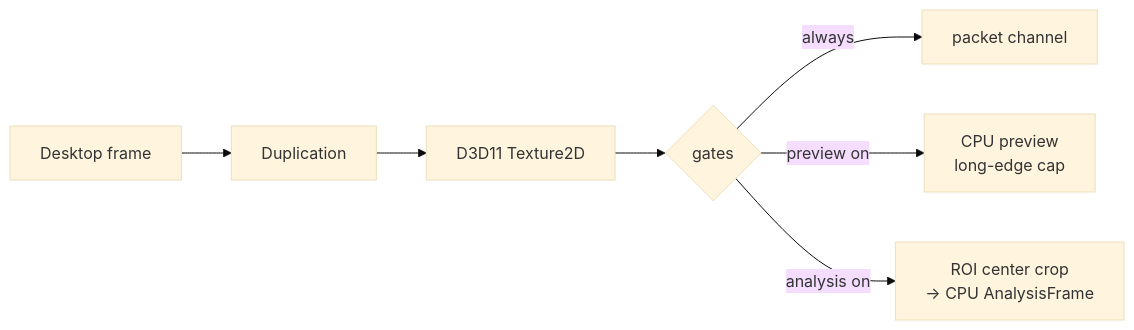
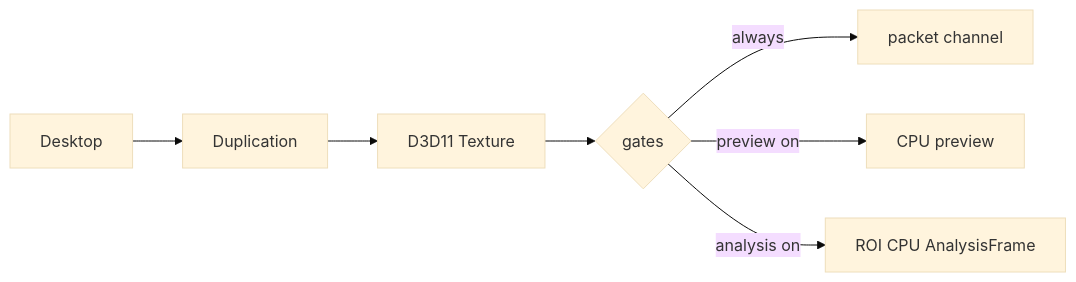
Before and after one commit to NAMUORI00/display-share: the third of 8 diagrams in 파이프라인.md, drawn with Mermaid (base theme). The commit also changed other lines of this file and 25 other files, not shown here.

First line of the commit message:
docs(wiki): complete pages for current privacy/DXGI architecture

````diff
--- a/파이프라인.md
+++ b/파이프라인.md
@@ -75,9 +68,9 @@
 ```mermaid
 flowchart LR
-  F0["Desktop frame"] --> F1["Duplication"]
-  F1 --> F2["D3D11 Texture2D"]
-  F2 --> F3{"gates"}
-  F3 -->|always| F4["packet channel"]
-  F3 -->|preview on| F5["CPU preview<br/>long-edge cap"]
-  F3 -->|analysis on| F6["ROI center crop<br/>→ CPU AnalysisFrame"]
+  F0[Desktop] --> F1[Duplication]
+  F1 --> F2[D3D11 Texture]
+  F2 --> F3{gates}
+  F3 -->|always| F4[packet channel]
+  F3 -->|preview on| F5[CPU preview]
+  F3 -->|analysis on| F6[ROI CPU AnalysisFrame]
 ```
````
